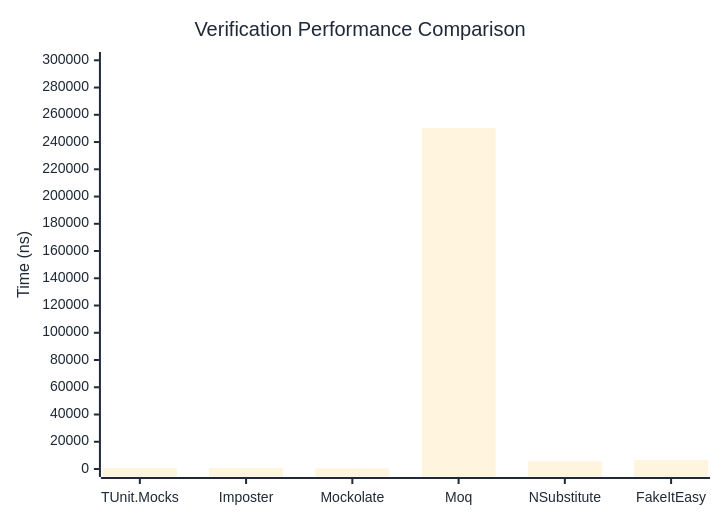
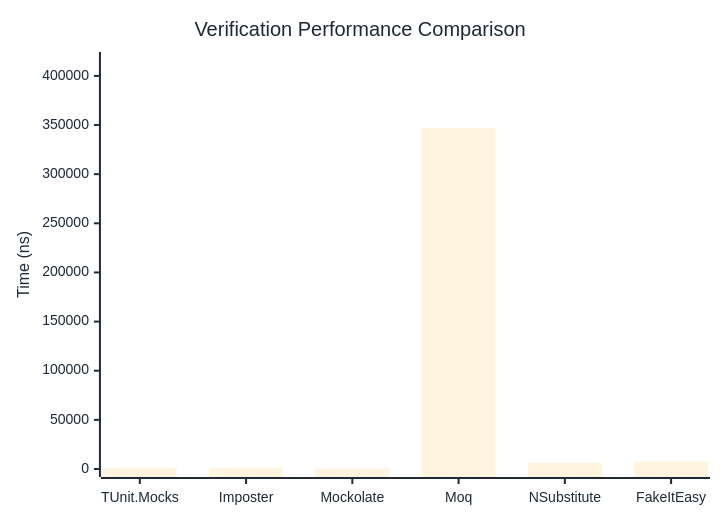
One commit to thomhurst/TUnit changed the first of 3 diagrams in docs/docs/benchmarks/mocks/Verification.md. Above: the diagram before and after it, drawn with Mermaid. The commit also changed other lines of this file and 14 other files, not shown here.

````diff
--- a/docs/docs/benchmarks/mocks/Verification.md
+++ b/docs/docs/benchmarks/mocks/Verification.md
@@ -30,27 +30,27 @@
 ```mermaid
 %%{init: {
   'theme':'base',
   'themeVariables': {
     'primaryColor': '#2563eb',
     'primaryTextColor': '#1f2937',
     'primaryBorderColor': '#1e40af',
     'lineColor': '#6b7280',
     'secondaryColor': '#7c3aed',
     'tertiaryColor': '#dc2626',
     'background': '#ffffff',
     'pie1': '#2563eb',
     'pie2': '#7c3aed',
     'pie3': '#dc2626',
     'pie4': '#f59e0b',
     'pie5': '#10b981',
     'pie6': '#06b6d4',
     'pie7': '#ec4899',
     'pie8': '#6366f1'
   }
 }}%%
 xychart-beta
   title "Verification Performance Comparison"
   x-axis ["TUnit.Mocks", "Imposter", "Mockolate", "Moq", "NSubstitute", "FakeItEasy"]
-  y-axis "Time (ns)" 0 --> 300221
-  bar [741.98, 656.17, 403.81, 250183.48, 5689.24, 6496.46]
+  y-axis "Time (ns)" 0 --> 416174
+  bar [732.4, 844.58, 429.26, 346811.53, 6310.12, 7701.86]
 ```
````
